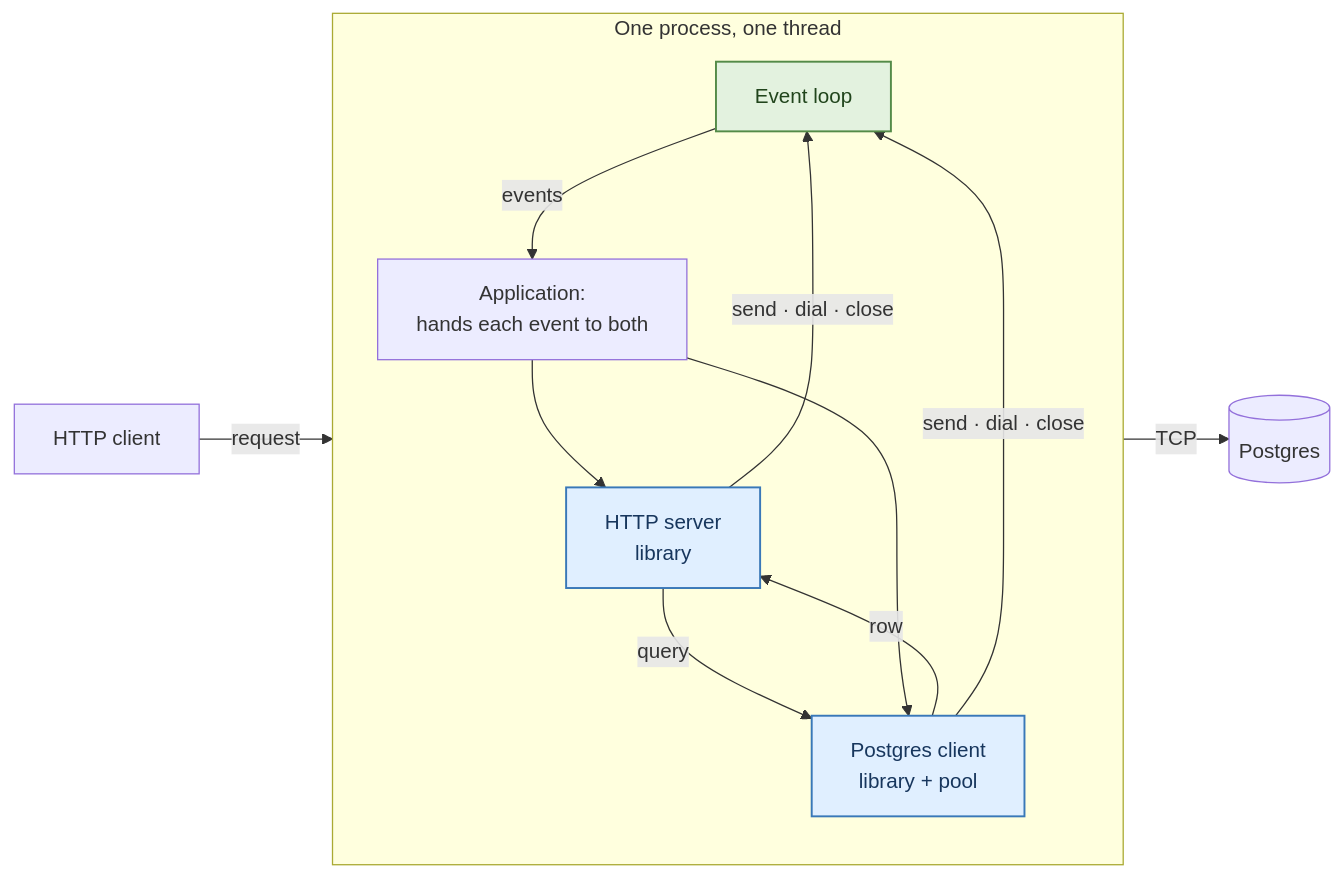
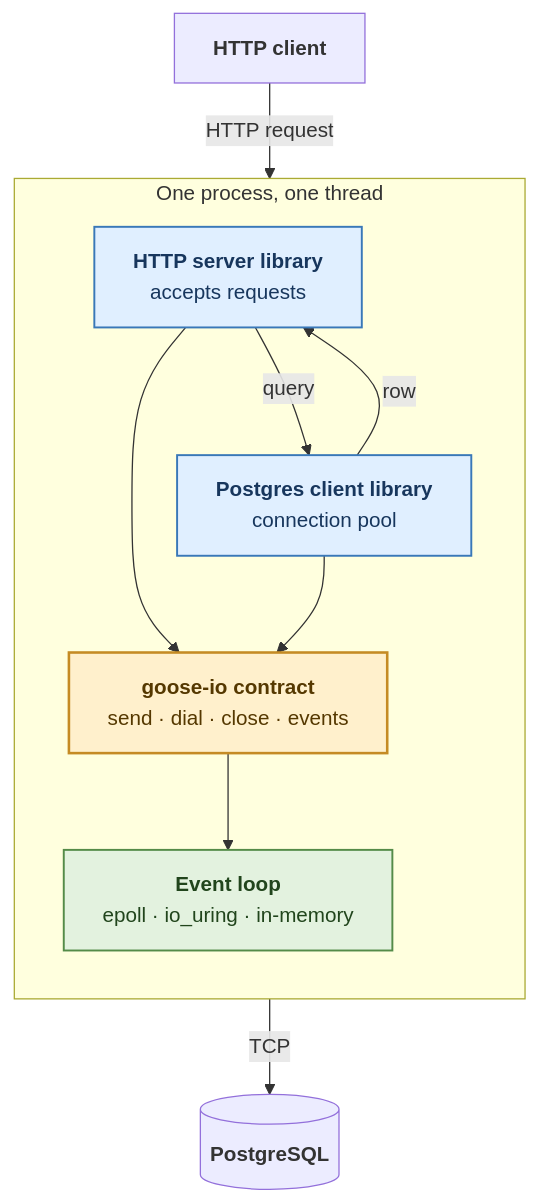
One commit to BHare1985/goose-io changed the second of 3 diagrams in README.md. Above: the diagram before and after it, drawn with Mermaid. The commit also changed other lines of this file, not shown here.

Commit message:
README: state the two problems in the HTTP-to-Postgres case, and draw it vertically

````diff
--- a/README.md
+++ b/README.md
@@ -75,24 +76,29 @@
 ```mermaid
-flowchart LR
-    B["HTTP client"] -->|"request"| LOOP
+flowchart TB
+    C["<b>HTTP client</b>"]
+
     subgraph PROC["One process, one thread"]
         direction TB
-        H["HTTP server<br/>library"]
-        P["Postgres client<br/>library + pool"]
-        APP["Application:<br/>hands each event to both"]
-        LOOP["Event loop"]
-        H -->|"query"| P
-        P -->|"row"| H
-        APP --> H
-        APP --> P
-        LOOP -->|"events"| APP
-        H -->|"send · dial · close"| LOOP
-        P -->|"send · dial · close"| LOOP
+        H["<b>HTTP server library</b><br/>accepts requests"]
+        G["<b>Postgres client library</b><br/>connection pool"]
+        K["<b>goose-io contract</b><br/>send · dial · close · events"]
+        E["<b>Event loop</b><br/>epoll · io_uring · in-memory"]
+        H -->|"query"| G
+        G -->|"row"| H
+        H --> K
+        G --> K
+        K --> E
     end
-    LOOP -->|"TCP"| DB[("Postgres")]
+
+    D[("<b>PostgreSQL</b>")]
+
+    C -->|"HTTP request"| H
+    E -->|"TCP"| D
 
     classDef library fill:#e0efff,stroke:#3978b8,color:#17365d,stroke-width:1.5px
+    classDef contract fill:#fff0cc,stroke:#c58b24,color:#553800,stroke-width:2px
     classDef loop fill:#e3f2df,stroke:#548b48,color:#21451c,stroke-width:1.5px
-    class H,P library
-    class LOOP loop
+    class H,G library
+    class K contract
+    class E loop
 ```
````
